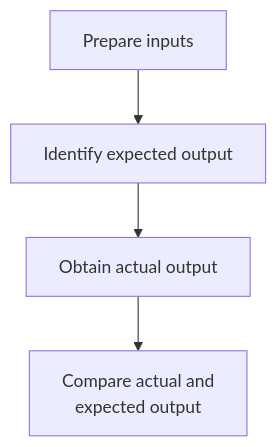
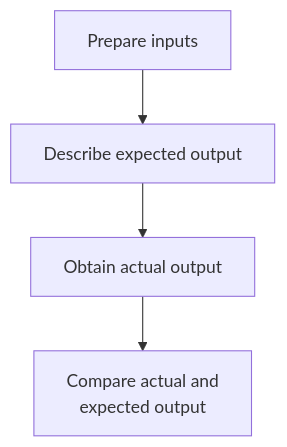
Before and after one commit to DHI/python-package-development: the diagram in 04_testing.qmd, drawn with Mermaid. The commit also changed other lines of this file, not shown here.

````diff
--- a/04_testing.qmd
+++ b/04_testing.qmd
@@ -24,9 +22,9 @@
 ```{mermaid}
 flowchart TD
     A[Prepare inputs]
-    B[Identify expected output]
+    B[Describe expected output]
     C[Obtain actual output]
     D[Compare actual and\n expected output]
 
     A --> B --> C --> D
 ```
````
